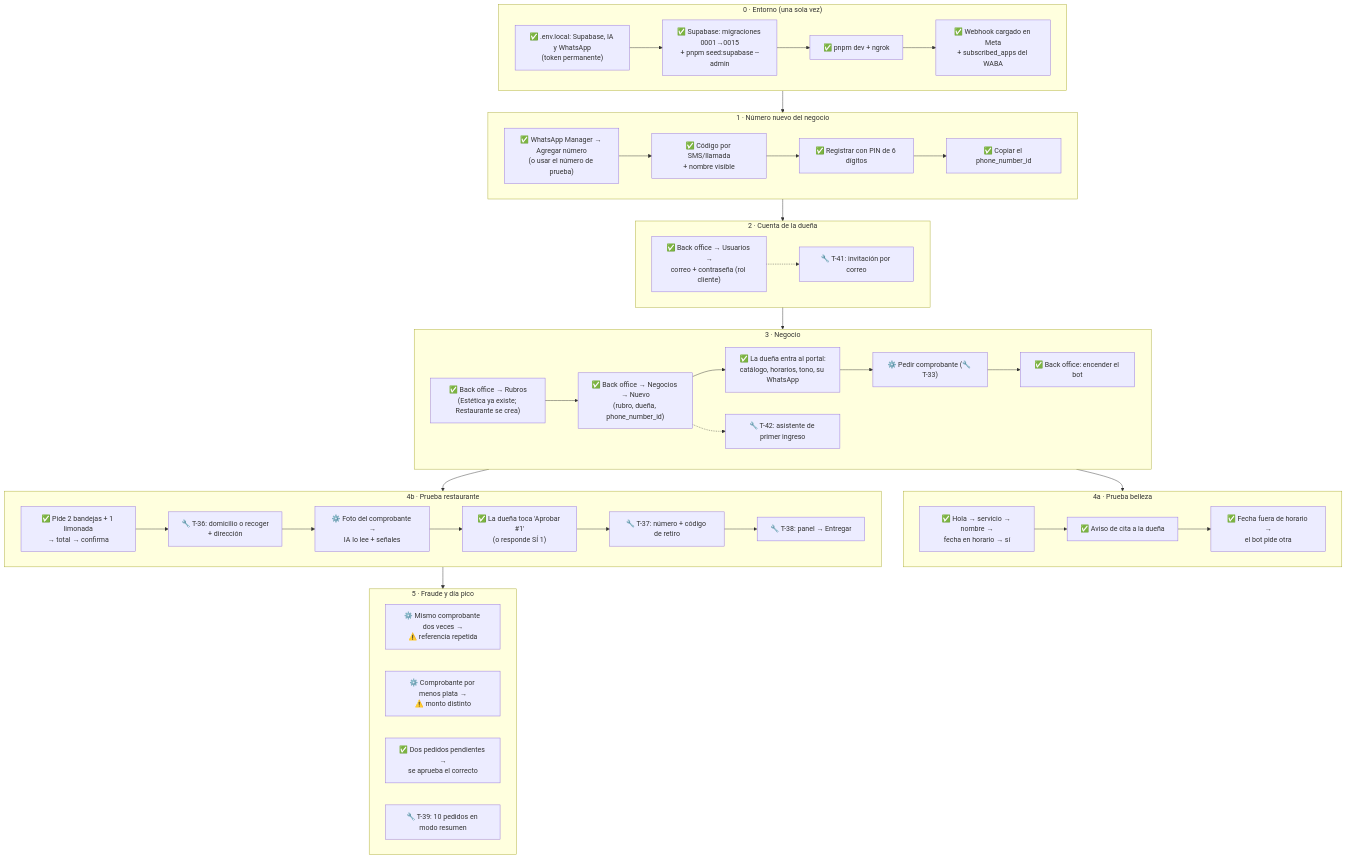
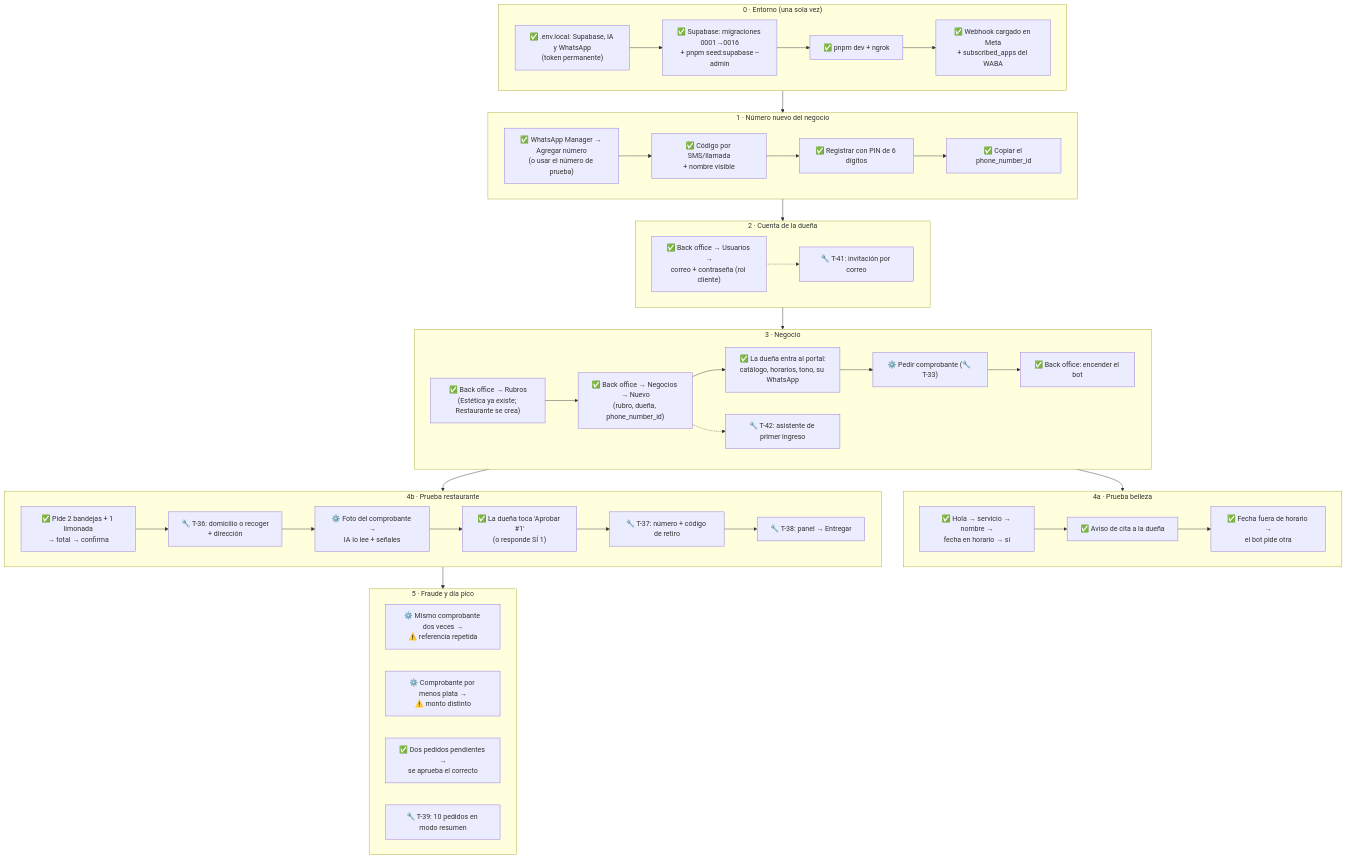
The diagram in docs/17-prueba-local.md (daniell41-dev/client-automation-bot), drawn with Mermaid before and after one commit. The commit also changed other lines of this file and 16 other files, not shown here.

````diff
--- a/docs/17-prueba-local.md
+++ b/docs/17-prueba-local.md
@@ -18,54 +18,54 @@
 ```mermaid
 flowchart TD
   subgraph E["0 · Entorno (una sola vez)"]
-    E1["✅ .env.local: Supabase, IA y WhatsApp<br/>(token permanente)"] --> E2["✅ Supabase: migraciones 0001→0015<br/>+ pnpm seed:supabase --admin"]
+    E1["✅ .env.local: Supabase, IA y WhatsApp<br/>(token permanente)"] --> E2["✅ Supabase: migraciones 0001→0016<br/>+ pnpm seed:supabase --admin"]
     E2 --> E3["✅ pnpm dev + ngrok"]
     E3 --> E4["✅ Webhook cargado en Meta<br/>+ subscribed_apps del WABA"]
   end
 
   subgraph T["1 · Número nuevo del negocio"]
     T1["✅ WhatsApp Manager → Agregar número<br/>(o usar el número de prueba)"] --> T2["✅ Código por SMS/llamada<br/>+ nombre visible"]
     T2 --> T3["✅ Registrar con PIN de 6 dígitos"]
     T3 --> T4["✅ Copiar el phone_number_id"]
   end
 
   subgraph U["2 · Cuenta de la dueña"]
     U1["✅ Back office → Usuarios →<br/>correo + contraseña (rol cliente)"]
     U2["🔧 T-41: invitación por correo"]
     U1 -.-> U2
   end
 
   subgraph N["3 · Negocio"]
     N0["✅ Back office → Rubros<br/>(Estética ya existe; Restaurante se crea)"] --> N1["✅ Back office → Negocios → Nuevo<br/>(rubro, dueña, phone_number_id)"]
     N1 --> N2["✅ La dueña entra al portal:<br/>catálogo, horarios, tono, su WhatsApp"]
     N2 --> N3["⚙️ Pedir comprobante (🔧 T-33)"]
     N3 --> N5["✅ Back office: encender el bot"]
     N4["🔧 T-42: asistente de primer ingreso"]
     N1 -.-> N4
   end
 
   subgraph B["4a · Prueba belleza"]
     B1["✅ Hola → servicio → nombre →<br/>fecha en horario → sí"] --> B2["✅ Aviso de cita a la dueña"]
     B2 --> B3["✅ Fecha fuera de horario →<br/>el bot pide otra"]
   end
 
   subgraph R["4b · Prueba restaurante"]
     R1["✅ Pide 2 bandejas + 1 limonada<br/>→ total → confirma"] --> R2["🔧 T-36: domicilio o recoger<br/>+ dirección"]
     R2 --> R3["⚙️ Foto del comprobante →<br/>IA lo lee + señales"]
     R3 --> R4["✅ La dueña toca 'Aprobar #1'<br/>(o responde SÍ 1)"]
     R4 --> R5["🔧 T-37: número + código de retiro"]
     R5 --> R6["🔧 T-38: panel → Entregar"]
   end
 
   subgraph F["5 · Fraude y día pico"]
     F1["⚙️ Mismo comprobante dos veces →<br/>⚠️ referencia repetida"]
     F2["⚙️ Comprobante por menos plata →<br/>⚠️ monto distinto"]
     F3["✅ Dos pedidos pendientes →<br/>se aprueba el correcto"]
     F4["🔧 T-39: 10 pedidos en modo resumen"]
   end
 
   E --> T --> U --> N
   N --> B
   N --> R
   R --> F
 ```
````
